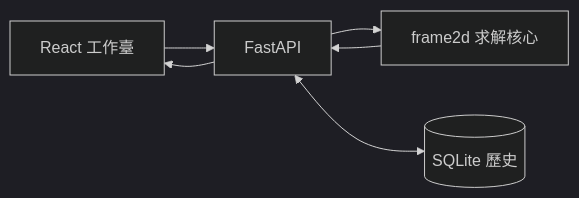
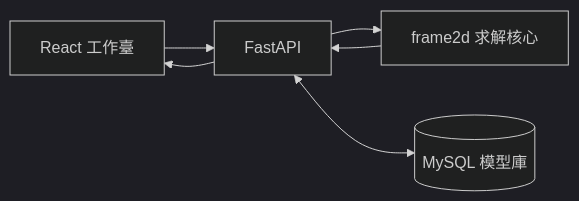
One commit to feizhang233/Frame-Studio changed the diagram in README.zh-TW.md. Above: the diagram before and after it, drawn with Mermaid (dark theme). The commit also changed other lines of this file and 18 other files, not shown here.

````diff
--- a/README.zh-TW.md
+++ b/README.zh-TW.md
@@ -112,13 +112,13 @@
 ```mermaid
 flowchart LR
     UI["React 工作臺"]
     API["FastAPI"]
     FEM["frame2d 求解核心"]
-    DB[("SQLite 歷史")]
+    DB[("MySQL 模型庫")]
 
     UI --> API
     API --> FEM
     FEM --> API
     API --> UI
     API <--> DB
 ```
````
